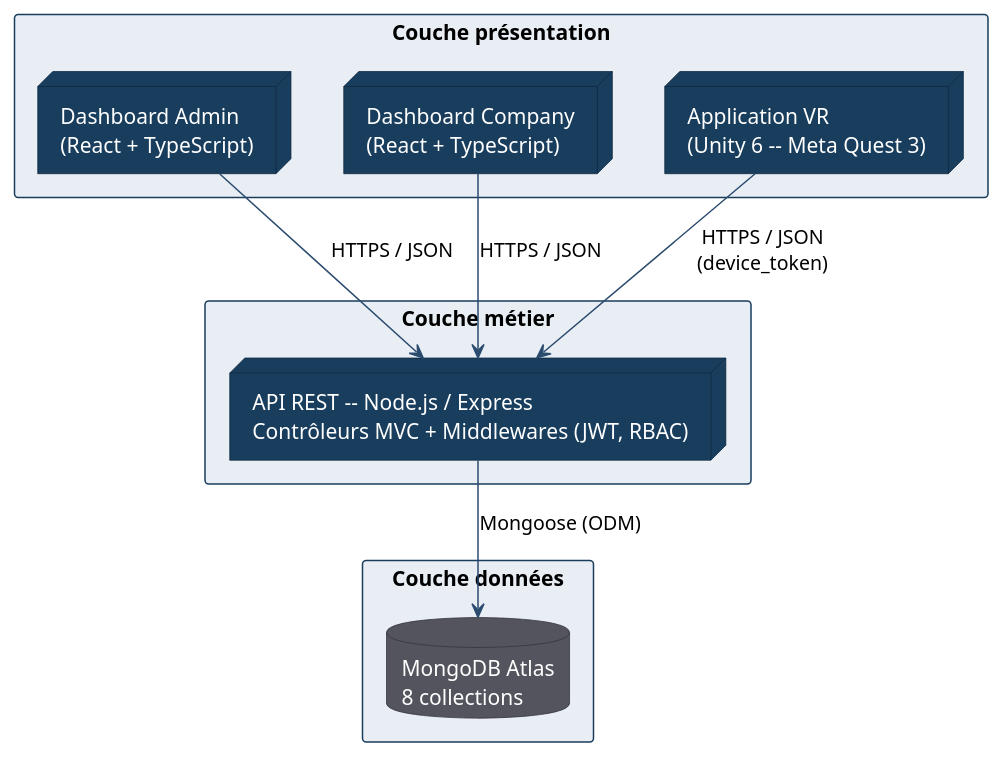
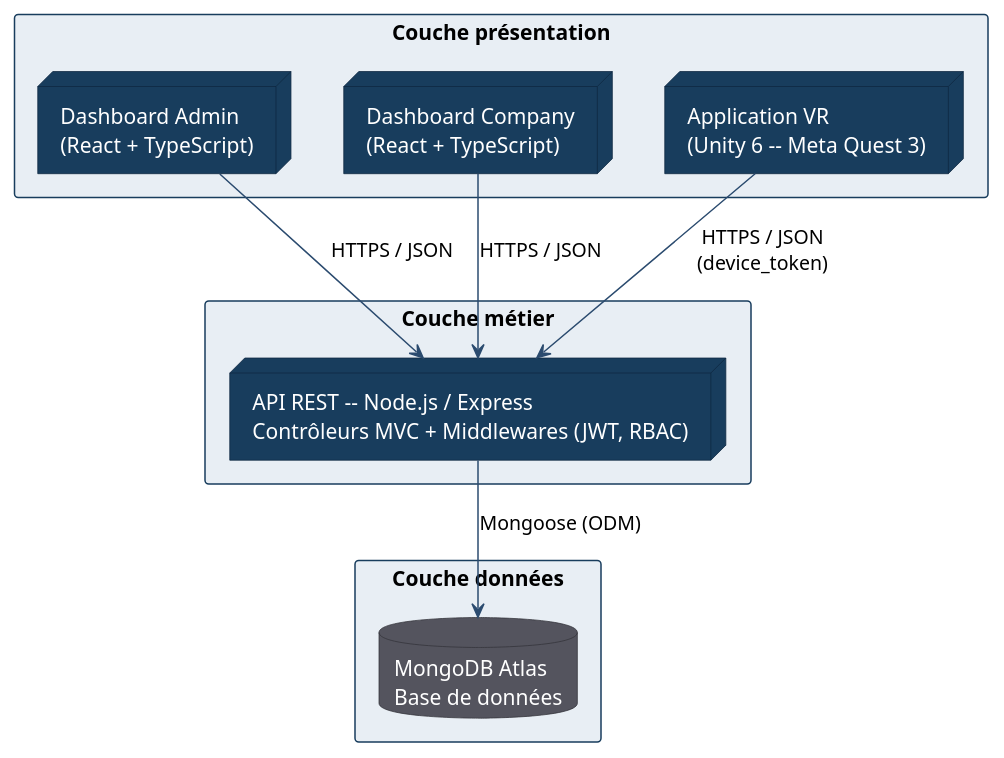
Before and after one commit to sayenjabo/TynassIt_PFE: the diagram in PUML/archi_couches.puml, drawn with PlantUML. The commit also changed 70 other files, not shown here.

```diff
--- a/PUML/archi_couches.puml
+++ b/PUML/archi_couches.puml
@@ -1,39 +1,39 @@
 @startuml Architecture_en_couches
 ' Architecture logique en 3 couches --- Immersio / Tynass IT
 skinparam shadowing false
 skinparam ArrowColor #2B4B6F
 skinparam defaultFontName Helvetica
 skinparam rectangle {
   BorderColor #183D5D
   FontColor #000000
 }
 skinparam node {
   BackgroundColor #183D5D
   FontColor #FFFFFF
   BorderColor #0E2740
 }
 skinparam database {
   BackgroundColor #54545E
   FontColor #FFFFFF
   BorderColor #33333A
 }
 
 rectangle "Couche présentation" as C1 #E8EEF4 {
   node "Dashboard Admin\n(React + TypeScript)" as Admin
   node "Dashboard Company\n(React + TypeScript)" as Comp
   node "Application VR\n(Unity 6 -- Meta Quest 3)" as VR
 }
 
 rectangle "Couche métier" as C2 #E8EEF4 {
   node "API REST -- Node.js / Express\nContrôleurs MVC + Middlewares (JWT, RBAC)" as API
 }
 
 rectangle "Couche données" as C3 #E8EEF4 {
-  database "MongoDB Atlas\n8 collections" as DB
+  database "MongoDB Atlas\nBase de données" as DB
 }
 
 Admin --> API : HTTPS / JSON
 Comp  --> API : HTTPS / JSON
 VR    --> API : HTTPS / JSON\n(device_token)
 API   --> DB  : Mongoose (ODM)
 @enduml
```
